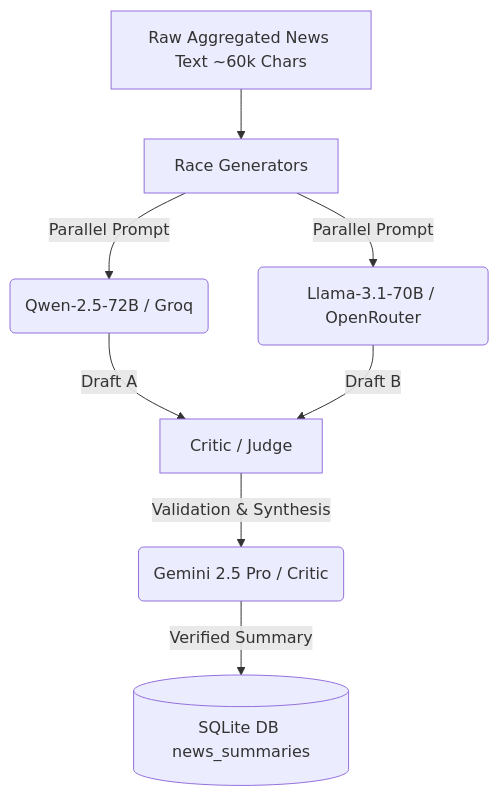
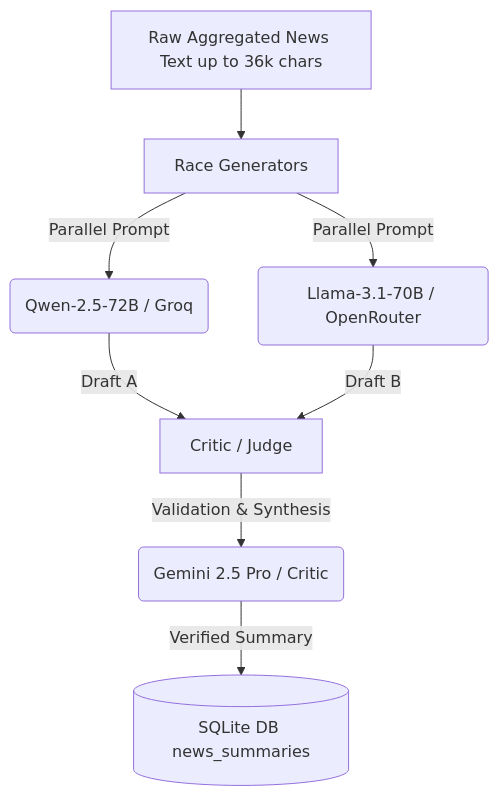
One commit to Envel-Nikita-Gutsenkov/CryptographBot changed the diagram in docs/system_brain_guide.md. Above: the diagram before and after it, drawn with Mermaid. The commit also changed other lines of this file and 11 other files, not shown here.

````diff
--- a/docs/system_brain_guide.md
+++ b/docs/system_brain_guide.md
@@ -105,10 +126,10 @@
 ```mermaid
 graph TD
-    A[Raw Aggregated News Text ~60k Chars] --> B[Race Generators]
+    A[Raw Aggregated News Text up to 36k chars] --> B[Race Generators]
     B -->|Parallel Prompt| C(Qwen-2.5-72B / Groq)
     B -->|Parallel Prompt| D(Llama-3.1-70B / OpenRouter)
     C -->|Draft A| E[Critic / Judge]
     D -->|Draft B| E
     E -->|Validation & Synthesis| F(Gemini 2.5 Pro / Critic)
     F -->|Verified Summary| G[(SQLite DB news_summaries)]
 ```
````
